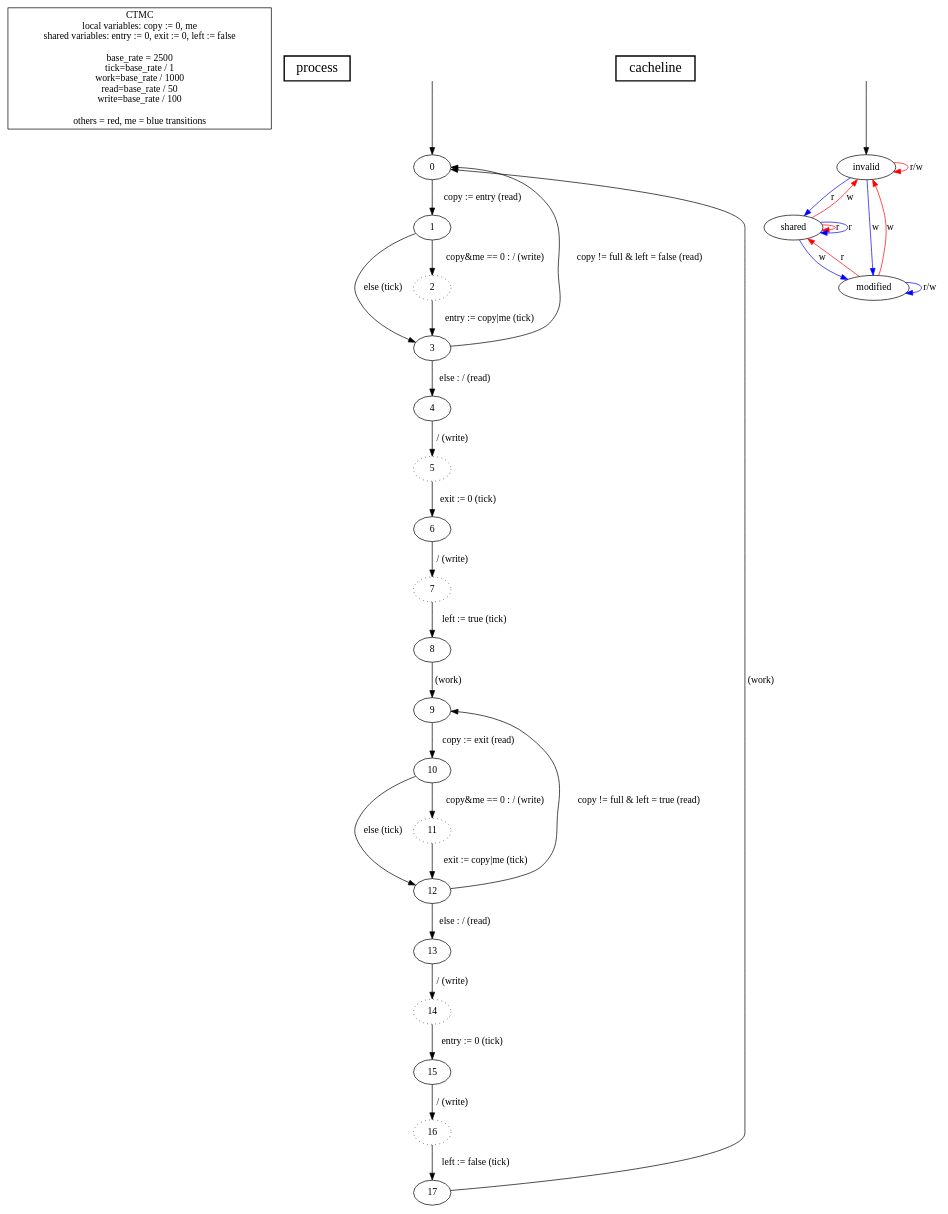
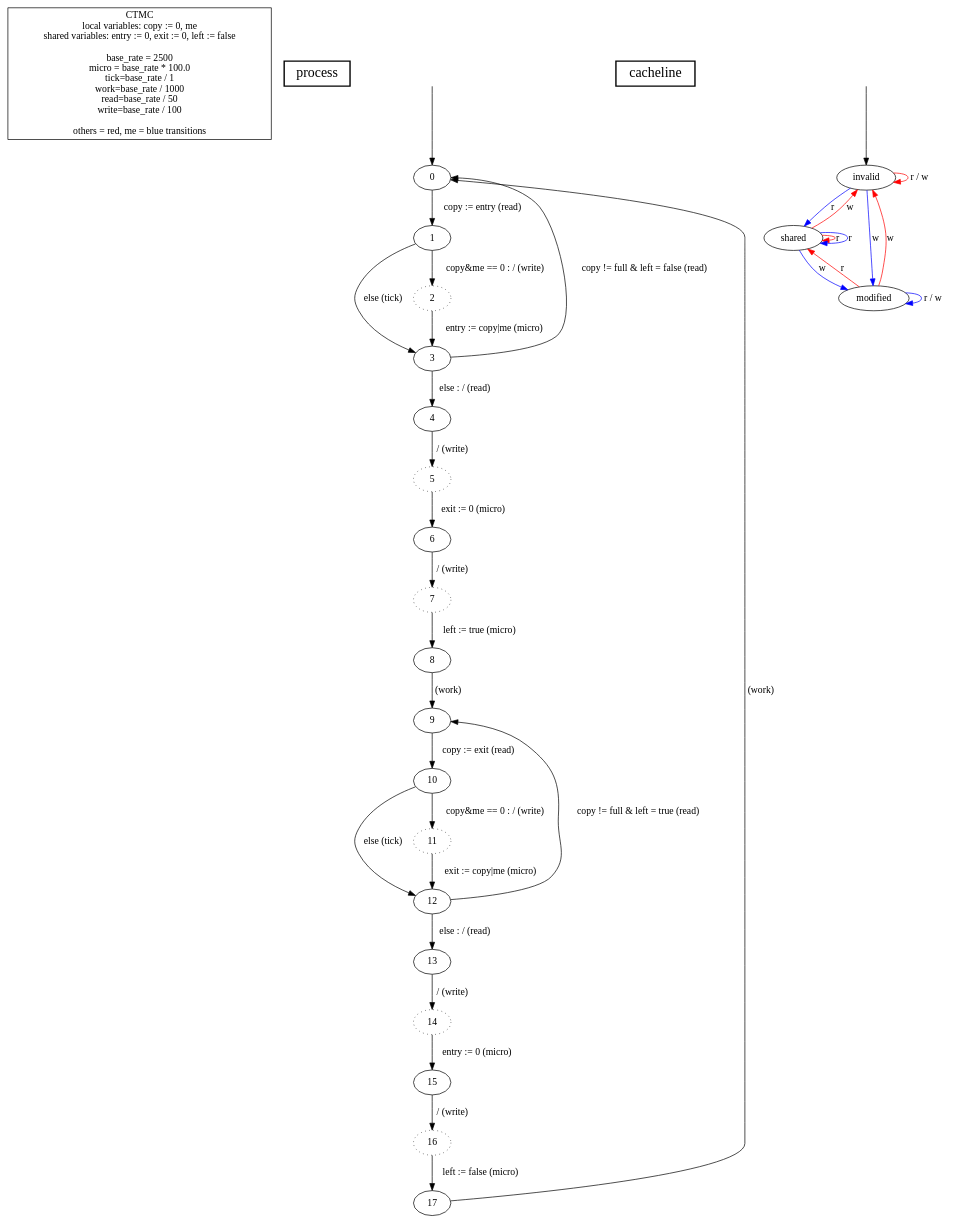
The diagram in barrier-attempt/model-prism-ctmc-with-cache-invalidation/model.dot (hydroo/minor-thesis-barriers), drawn with Graphviz before and after one commit. The commit also changed 2 other files, not shown here.

```diff
--- a/barrier-attempt/model-prism-ctmc-with-cache-invalidation/model.dot
+++ b/barrier-attempt/model-prism-ctmc-with-cache-invalidation/model.dot
@@ -1,65 +1,65 @@
 digraph {
 
-	"CTMC\nlocal variables: copy := 0, me\nshared variables: entry := 0, exit := 0, left := false\n\nbase_rate = 2500\ntick=base_rate / 1\nwork=base_rate / 1000\nread=base_rate / 50\nwrite=base_rate / 100\n\nothers = red, me = blue transitions" [nojustify=true, shape=box]
+	"CTMC\nlocal variables: copy := 0, me\nshared variables: entry := 0, exit := 0, left := false\n\nbase_rate = 2500\nmicro = base_rate * 100.0\ntick=base_rate / 1\nwork=base_rate / 1000\nread=base_rate / 50\nwrite=base_rate / 100\n\nothers = red, me = blue transitions" [nojustify=true, shape=box]
 
 	"process" [nojustify=true, shape=box, style=bold, fontsize=20]
 
 	initial_state_source [style=invis]
 
 	// process
 
 	initial_state_source -> "0"
 
 	"0"  -> "1"  [weight=10, label="copy := entry (read)"]
 	"1"  -> "3"  [label="else (tick)"]
 	"1"  -> "2"  [weight=10, label="copy&me == 0 : / (write)"]
 	"2" [style=dotted]
-	"2"  -> "3"  [weight=10, label="entry := copy|me (tick)"]
+	"2"  -> "3"  [weight=10, label="entry := copy|me (micro)"]
 
 	"3"  -> "0"  [label="copy != full & left = false (read)"]
 	"3"  -> "4"  [weight=10, label="else : / (read)"]
 	"4"  -> "5"  [weight=10, label="/ (write)"]
 	"5" [style=dotted]
-	"5"  -> "6"  [weight=10, label="exit := 0 (tick)"]
+	"5"  -> "6"  [weight=10, label="exit := 0 (micro)"]
 	"6"  -> "7"  [weight=10, label="/ (write)"]
 	"7" [style=dotted]
-	"7"  -> "8"  [weight=10, label="left := true (tick)"]
+	"7"  -> "8"  [weight=10, label="left := true (micro)"]
 
 	"8"  -> "9"  [weight=10, label="(work)"]
 
 	"9"  -> "10" [weight=10, label="copy := exit (read)"]
 	"10" -> "12" [label="else (tick)"]
 	"10" -> "11" [weight=10, label="copy&me == 0 : / (write)"]
 	"11" [style=dotted]
-	"11" -> "12" [weight=10, label="exit := copy|me (tick)"]
+	"11" -> "12" [weight=10, label="exit := copy|me (micro)"]
 
 	"12" -> "9"  [label="copy != full & left = true (read)"]
 	"12" -> "13" [weight=10, label="else : / (read)"]
 	"13" -> "14" [weight=10, label="/ (write)"]
 	"14" [style=dotted]
-	"14" -> "15" [weight=10, label="entry := 0 (tick)"]
+	"14" -> "15" [weight=10, label="entry := 0 (micro)"]
 	"15" -> "16" [weight=10, label="/ (write)"]
 	"16" [style=dotted]
-	"16" -> "17" [weight=10, label="left := false (tick)"]
+	"16" -> "17" [weight=10, label="left := false (micro)"]
 
 	"17" -> "0" [label="(work)"]
 
 	// cacheline
 	"cacheline" [nojustify=true, shape=box, style=bold, fontsize=20]
 
 	initial_state_source2 [style=invis]
 	initial_state_source2 -> "invalid"
 
-	"invalid"  -> "invalid"  [label="r/w", color=red]
+	"invalid"  -> "invalid"  [label="r / w", color=red]
 	"invalid"  -> "shared"   [label="r",   color=blue]
 	"invalid"  -> "modified" [label="w",   color=blue]
 
 	"shared"   -> "shared"   [label="r",   color=red]
 	"shared"   -> "invalid"  [label="w",   color=red]
 	"shared"   -> "shared"   [label="r",   color=blue]
 	"shared"   -> "modified" [label="w",   color=blue]
 
 	"modified" -> "shared"   [label="r",   color=red]
 	"modified" -> "invalid"  [label="w",   color=red]
-	"modified" -> "modified" [label="r/w", color=blue]
+	"modified" -> "modified" [label="r / w", color=blue]
 }
```
